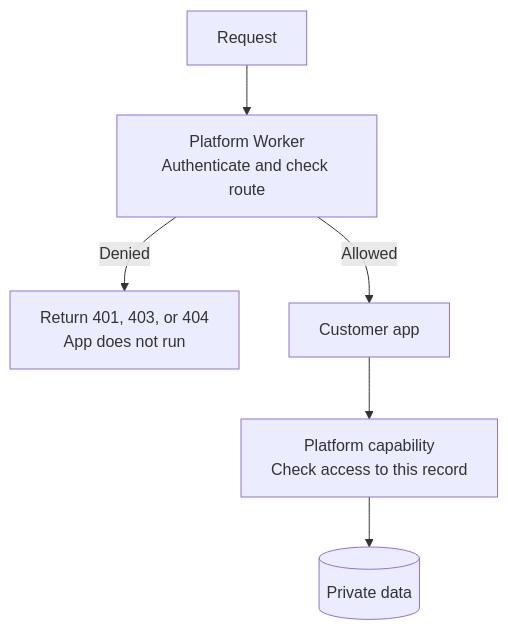
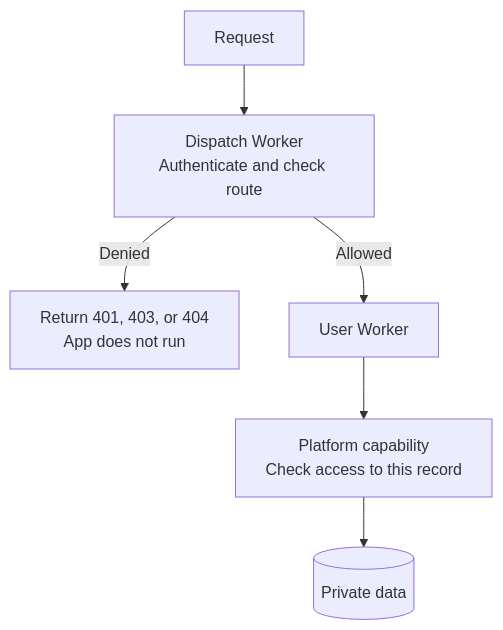
Before and after one commit to cloudflare/cloudflare-docs: the first of 3 diagrams in src/content/docs/cloudflare-for-platforms/workers-for-platforms/configuration/authentication.mdx, drawn with Mermaid. The commit also changed other lines of this file and 5 other files, not shown here.

````diff
--- a/src/content/docs/cloudflare-for-platforms/workers-for-platforms/configuration/authentication.mdx
+++ b/src/content/docs/cloudflare-for-platforms/workers-for-platforms/configuration/authentication.mdx
@@ -25,8 +24,8 @@
 ```mermaid
 flowchart TB
-  Request --> Gate[Platform Worker<br/>Authenticate and check route]
+  Request --> Gate[Dispatch Worker<br/>Authenticate and check route]
   Gate -->|Denied| Reject[Return 401, 403, or 404<br/>App does not run]
-  Gate -->|Allowed| App[Customer app]
+  Gate -->|Allowed| App[User Worker]
   App --> Capability[Platform capability<br/>Check access to this record]
   Capability --> Data[(Private data)]
 ```
````
